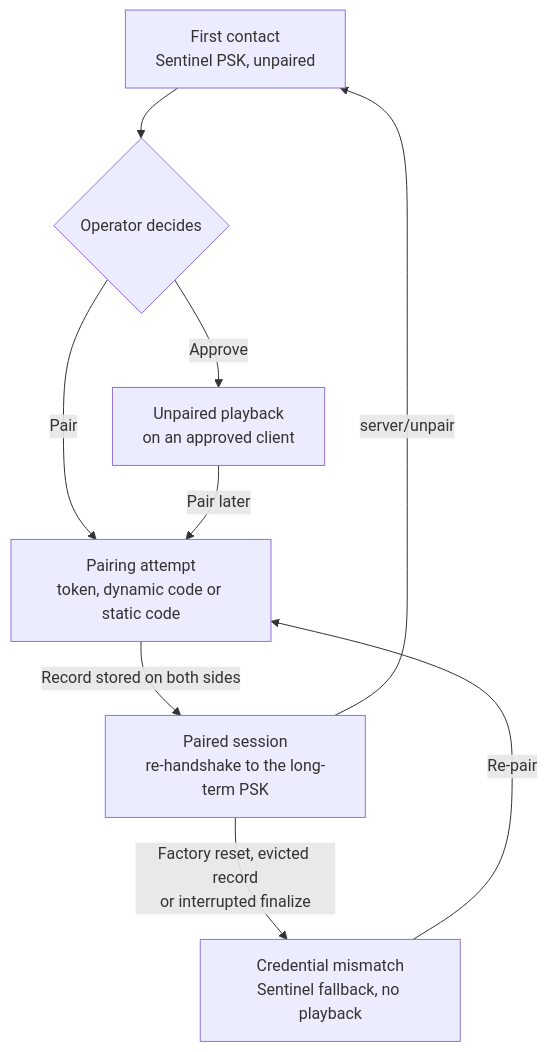
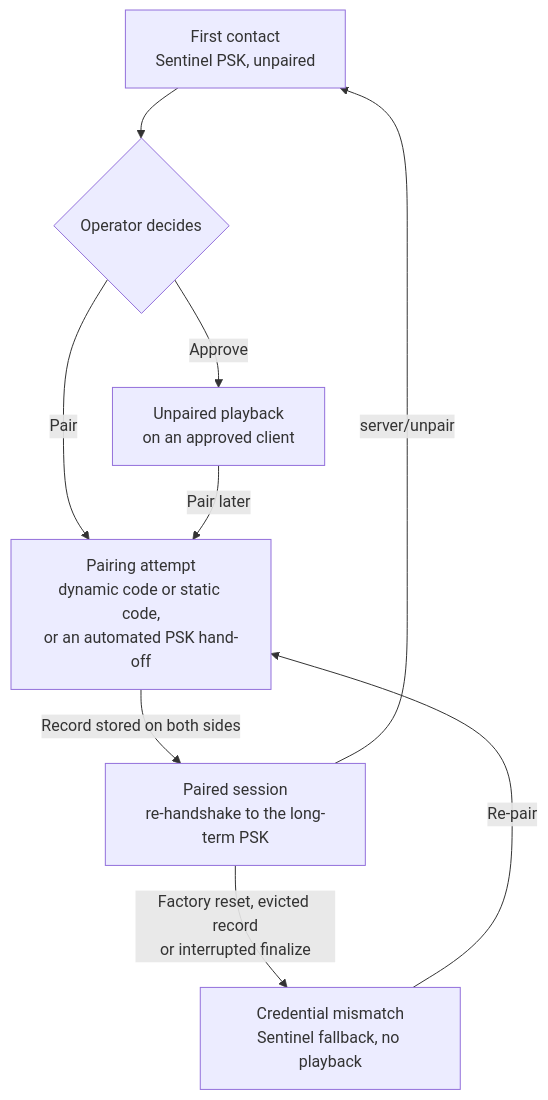
The diagram in src/build/guide/pairing-and-encryption.md (Sendspin/sendspin-audio.com), drawn with Mermaid before and after one commit. The commit also changed other lines of this file and 5 other files, not shown here.

First line of the commit message:
Describe the pairing PSK as an automation method, not a user-facing one

````diff
--- a/src/build/guide/pairing-and-encryption.md
+++ b/src/build/guide/pairing-and-encryption.md
@@ -58,11 +58,11 @@
 ```mermaid
 flowchart TD
     A["First contact<br/>Sentinel PSK, unpaired"] --> B{Operator decides}
     B -->|Approve| C["Unpaired playback<br/>on an approved client"]
-    B -->|Pair| D["Pairing attempt<br/>token, dynamic code or static code"]
+    B -->|Pair| D["Pairing attempt<br/>dynamic code or static code,<br/>or an automated PSK hand-off"]
     C -->|Pair later| D
     D -->|Record stored on both sides| E["Paired session<br/>re-handshake to the long-term PSK"]
     E -->|server/unpair| A
     E -->|"Factory reset, evicted record<br/>or interrupted finalize"| F["Credential mismatch<br/>Sentinel fallback, no playback"]
     F -->|Re-pair| D
 ```
````
